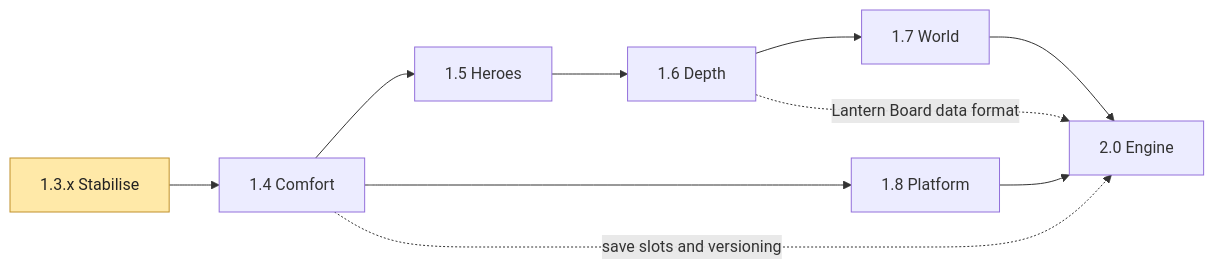
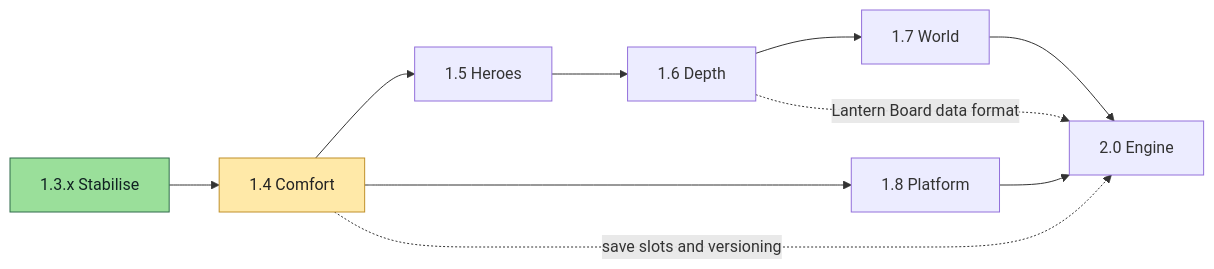
One commit to CptNope/Laternfall changed the fourth of 11 diagrams in ROADMAP.md. Above: the diagram before and after it, drawn with Mermaid. The commit also changed other lines of this file and 22 other files, not shown here.

````diff
--- a/ROADMAP.md
+++ b/ROADMAP.md
@@ -123,14 +124,16 @@
 ```mermaid
 flowchart LR
     S[1.3.x Stabilise] --> C[1.4 Comfort]
     C --> H[1.5 Heroes]
     H --> D[1.6 Depth]
     D --> W[1.7 World]
     C --> P[1.8 Platform]
     W --> E[2.0 Engine]
     P --> E
     C -. save slots and versioning .-> E
     D -. Lantern Board data format .-> E
     classDef now fill:#ffe9a8,stroke:#c0902a,color:#222
-    class S now
+    classDef done fill:#9adf9a,stroke:#2f6b4a,color:#122
+    class S done
+    class C now
 ```
````
